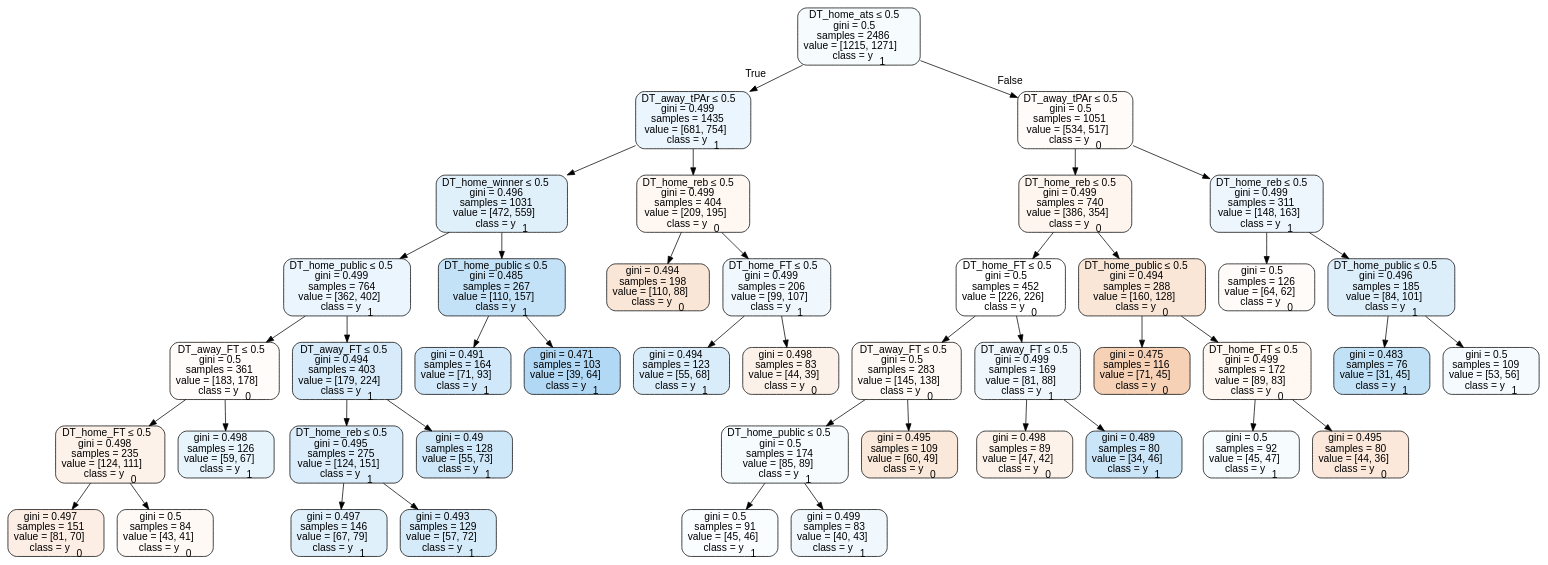
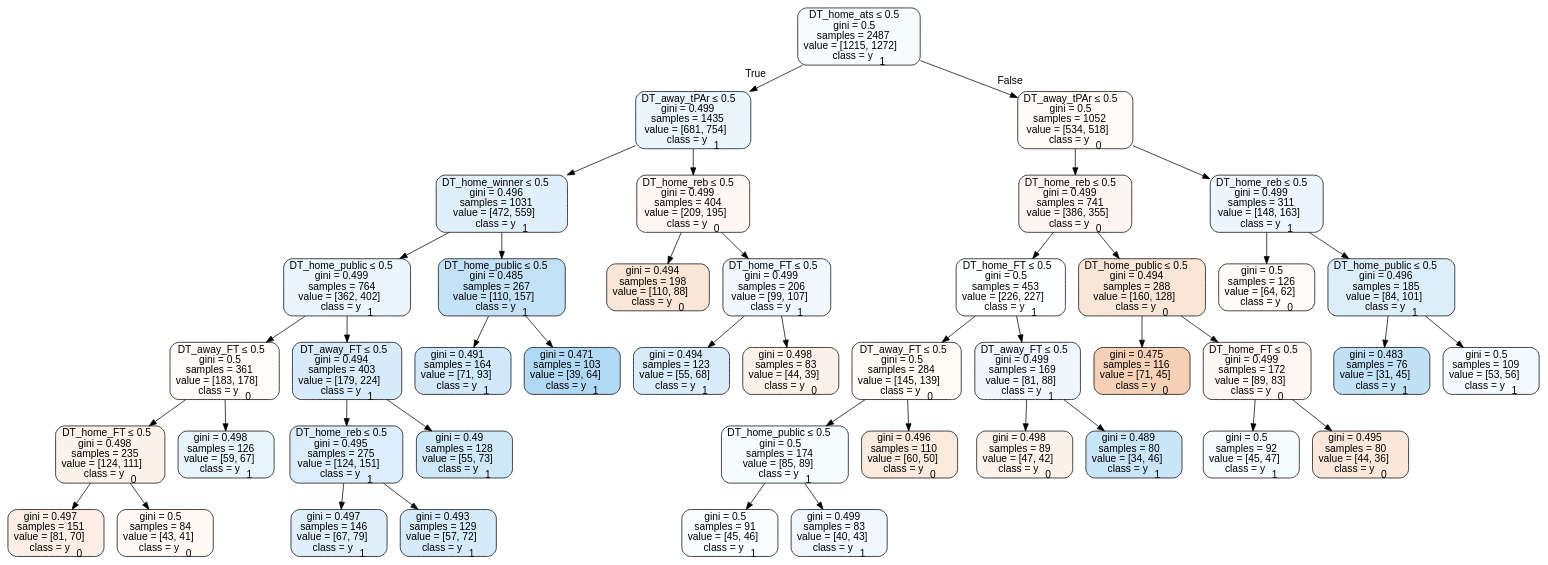
One commit to usbogie/ncaa-bets changed the diagram in Basketball/data/trees/tree2015neutral.dot. Above: the diagram before and after it, drawn with Graphviz. The commit also changed 29 other files, not shown here.

```diff
--- a/Basketball/data/trees/tree2015neutral.dot
+++ b/Basketball/data/trees/tree2015neutral.dot
@@ -1,89 +1,89 @@
 digraph Tree {
 node [shape=box, style="filled, rounded", color="black", fontname=helvetica] ;
 edge [fontname=helvetica] ;
-0 [label=<DT_home_ats &le; 0.5<br/>gini = 0.5<br/>samples = 2486<br/>value = [1215, 1271]<br/>class = y<SUB>1</SUB>>, fillcolor="#399de50b"] ;
+0 [label=<DT_home_ats &le; 0.5<br/>gini = 0.5<br/>samples = 2487<br/>value = [1215, 1272]<br/>class = y<SUB>1</SUB>>, fillcolor="#399de50b"] ;
 1 [label=<DT_away_tPAr &le; 0.5<br/>gini = 0.499<br/>samples = 1435<br/>value = [681, 754]<br/>class = y<SUB>1</SUB>>, fillcolor="#399de519"] ;
 0 -> 1 [labeldistance=2.5, labelangle=45, headlabel="True"] ;
 2 [label=<DT_home_winner &le; 0.5<br/>gini = 0.496<br/>samples = 1031<br/>value = [472, 559]<br/>class = y<SUB>1</SUB>>, fillcolor="#399de528"] ;
 1 -> 2 ;
 3 [label=<DT_home_public &le; 0.5<br/>gini = 0.499<br/>samples = 764<br/>value = [362, 402]<br/>class = y<SUB>1</SUB>>, fillcolor="#399de519"] ;
 2 -> 3 ;
 4 [label=<DT_away_FT &le; 0.5<br/>gini = 0.5<br/>samples = 361<br/>value = [183, 178]<br/>class = y<SUB>0</SUB>>, fillcolor="#e5813907"] ;
 3 -> 4 ;
 5 [label=<DT_home_FT &le; 0.5<br/>gini = 0.498<br/>samples = 235<br/>value = [124, 111]<br/>class = y<SUB>0</SUB>>, fillcolor="#e581391b"] ;
 4 -> 5 ;
 6 [label=<gini = 0.497<br/>samples = 151<br/>value = [81, 70]<br/>class = y<SUB>0</SUB>>, fillcolor="#e5813923"] ;
 5 -> 6 ;
 7 [label=<gini = 0.5<br/>samples = 84<br/>value = [43, 41]<br/>class = y<SUB>0</SUB>>, fillcolor="#e581390c"] ;
 5 -> 7 ;
 8 [label=<gini = 0.498<br/>samples = 126<br/>value = [59, 67]<br/>class = y<SUB>1</SUB>>, fillcolor="#399de51e"] ;
 4 -> 8 ;
 9 [label=<DT_away_FT &le; 0.5<br/>gini = 0.494<br/>samples = 403<br/>value = [179, 224]<br/>class = y<SUB>1</SUB>>, fillcolor="#399de533"] ;
 3 -> 9 ;
 10 [label=<DT_home_reb &le; 0.5<br/>gini = 0.495<br/>samples = 275<br/>value = [124, 151]<br/>class = y<SUB>1</SUB>>, fillcolor="#399de52e"] ;
 9 -> 10 ;
 11 [label=<gini = 0.497<br/>samples = 146<br/>value = [67, 79]<br/>class = y<SUB>1</SUB>>, fillcolor="#399de527"] ;
 10 -> 11 ;
 12 [label=<gini = 0.493<br/>samples = 129<br/>value = [57, 72]<br/>class = y<SUB>1</SUB>>, fillcolor="#399de535"] ;
 10 -> 12 ;
 13 [label=<gini = 0.49<br/>samples = 128<br/>value = [55, 73]<br/>class = y<SUB>1</SUB>>, fillcolor="#399de53f"] ;
 9 -> 13 ;
 14 [label=<DT_home_public &le; 0.5<br/>gini = 0.485<br/>samples = 267<br/>value = [110, 157]<br/>class = y<SUB>1</SUB>>, fillcolor="#399de54c"] ;
 2 -> 14 ;
 15 [label=<gini = 0.491<br/>samples = 164<br/>value = [71, 93]<br/>class = y<SUB>1</SUB>>, fillcolor="#399de53c"] ;
 14 -> 15 ;
 16 [label=<gini = 0.471<br/>samples = 103<br/>value = [39, 64]<br/>class = y<SUB>1</SUB>>, fillcolor="#399de564"] ;
 14 -> 16 ;
 17 [label=<DT_home_reb &le; 0.5<br/>gini = 0.499<br/>samples = 404<br/>value = [209, 195]<br/>class = y<SUB>0</SUB>>, fillcolor="#e5813911"] ;
 1 -> 17 ;
 18 [label=<gini = 0.494<br/>samples = 198<br/>value = [110, 88]<br/>class = y<SUB>0</SUB>>, fillcolor="#e5813933"] ;
 17 -> 18 ;
 19 [label=<DT_home_FT &le; 0.5<br/>gini = 0.499<br/>samples = 206<br/>value = [99, 107]<br/>class = y<SUB>1</SUB>>, fillcolor="#399de513"] ;
 17 -> 19 ;
 20 [label=<gini = 0.494<br/>samples = 123<br/>value = [55, 68]<br/>class = y<SUB>1</SUB>>, fillcolor="#399de531"] ;
 19 -> 20 ;
 21 [label=<gini = 0.498<br/>samples = 83<br/>value = [44, 39]<br/>class = y<SUB>0</SUB>>, fillcolor="#e581391d"] ;
 19 -> 21 ;
-22 [label=<DT_away_tPAr &le; 0.5<br/>gini = 0.5<br/>samples = 1051<br/>value = [534, 517]<br/>class = y<SUB>0</SUB>>, fillcolor="#e5813908"] ;
+22 [label=<DT_away_tPAr &le; 0.5<br/>gini = 0.5<br/>samples = 1052<br/>value = [534, 518]<br/>class = y<SUB>0</SUB>>, fillcolor="#e5813908"] ;
 0 -> 22 [labeldistance=2.5, labelangle=-45, headlabel="False"] ;
-23 [label=<DT_home_reb &le; 0.5<br/>gini = 0.499<br/>samples = 740<br/>value = [386, 354]<br/>class = y<SUB>0</SUB>>, fillcolor="#e5813915"] ;
+23 [label=<DT_home_reb &le; 0.5<br/>gini = 0.499<br/>samples = 741<br/>value = [386, 355]<br/>class = y<SUB>0</SUB>>, fillcolor="#e5813914"] ;
 22 -> 23 ;
-24 [label=<DT_home_FT &le; 0.5<br/>gini = 0.5<br/>samples = 452<br/>value = [226, 226]<br/>class = y<SUB>0</SUB>>, fillcolor="#e5813900"] ;
+24 [label=<DT_home_FT &le; 0.5<br/>gini = 0.5<br/>samples = 453<br/>value = [226, 227]<br/>class = y<SUB>1</SUB>>, fillcolor="#399de501"] ;
 23 -> 24 ;
-25 [label=<DT_away_FT &le; 0.5<br/>gini = 0.5<br/>samples = 283<br/>value = [145, 138]<br/>class = y<SUB>0</SUB>>, fillcolor="#e581390c"] ;
+25 [label=<DT_away_FT &le; 0.5<br/>gini = 0.5<br/>samples = 284<br/>value = [145, 139]<br/>class = y<SUB>0</SUB>>, fillcolor="#e581390b"] ;
 24 -> 25 ;
 26 [label=<DT_home_public &le; 0.5<br/>gini = 0.5<br/>samples = 174<br/>value = [85, 89]<br/>class = y<SUB>1</SUB>>, fillcolor="#399de50b"] ;
 25 -> 26 ;
 27 [label=<gini = 0.5<br/>samples = 91<br/>value = [45, 46]<br/>class = y<SUB>1</SUB>>, fillcolor="#399de506"] ;
 26 -> 27 ;
 28 [label=<gini = 0.499<br/>samples = 83<br/>value = [40, 43]<br/>class = y<SUB>1</SUB>>, fillcolor="#399de512"] ;
 26 -> 28 ;
-29 [label=<gini = 0.495<br/>samples = 109<br/>value = [60, 49]<br/>class = y<SUB>0</SUB>>, fillcolor="#e581392f"] ;
+29 [label=<gini = 0.496<br/>samples = 110<br/>value = [60, 50]<br/>class = y<SUB>0</SUB>>, fillcolor="#e581392a"] ;
 25 -> 29 ;
 30 [label=<DT_away_FT &le; 0.5<br/>gini = 0.499<br/>samples = 169<br/>value = [81, 88]<br/>class = y<SUB>1</SUB>>, fillcolor="#399de514"] ;
 24 -> 30 ;
 31 [label=<gini = 0.498<br/>samples = 89<br/>value = [47, 42]<br/>class = y<SUB>0</SUB>>, fillcolor="#e581391b"] ;
 30 -> 31 ;
 32 [label=<gini = 0.489<br/>samples = 80<br/>value = [34, 46]<br/>class = y<SUB>1</SUB>>, fillcolor="#399de543"] ;
 30 -> 32 ;
 33 [label=<DT_home_public &le; 0.5<br/>gini = 0.494<br/>samples = 288<br/>value = [160, 128]<br/>class = y<SUB>0</SUB>>, fillcolor="#e5813933"] ;
 23 -> 33 ;
 34 [label=<gini = 0.475<br/>samples = 116<br/>value = [71, 45]<br/>class = y<SUB>0</SUB>>, fillcolor="#e581395d"] ;
 33 -> 34 ;
 35 [label=<DT_home_FT &le; 0.5<br/>gini = 0.499<br/>samples = 172<br/>value = [89, 83]<br/>class = y<SUB>0</SUB>>, fillcolor="#e5813911"] ;
 33 -> 35 ;
 36 [label=<gini = 0.5<br/>samples = 92<br/>value = [45, 47]<br/>class = y<SUB>1</SUB>>, fillcolor="#399de50b"] ;
 35 -> 36 ;
 37 [label=<gini = 0.495<br/>samples = 80<br/>value = [44, 36]<br/>class = y<SUB>0</SUB>>, fillcolor="#e581392e"] ;
 35 -> 37 ;
 38 [label=<DT_home_reb &le; 0.5<br/>gini = 0.499<br/>samples = 311<br/>value = [148, 163]<br/>class = y<SUB>1</SUB>>, fillcolor="#399de517"] ;
 22 -> 38 ;
 39 [label=<gini = 0.5<br/>samples = 126<br/>value = [64, 62]<br/>class = y<SUB>0</SUB>>, fillcolor="#e5813908"] ;
 38 -> 39 ;
 40 [label=<DT_home_public &le; 0.5<br/>gini = 0.496<br/>samples = 185<br/>value = [84, 101]<br/>class = y<SUB>1</SUB>>, fillcolor="#399de52b"] ;
 38 -> 40 ;
 41 [label=<gini = 0.483<br/>samples = 76<br/>value = [31, 45]<br/>class = y<SUB>1</SUB>>, fillcolor="#399de54f"] ;
 40 -> 41 ;
 42 [label=<gini = 0.5<br/>samples = 109<br/>value = [53, 56]<br/>class = y<SUB>1</SUB>>, fillcolor="#399de50e"] ;
 40 -> 42 ;
 }
```
